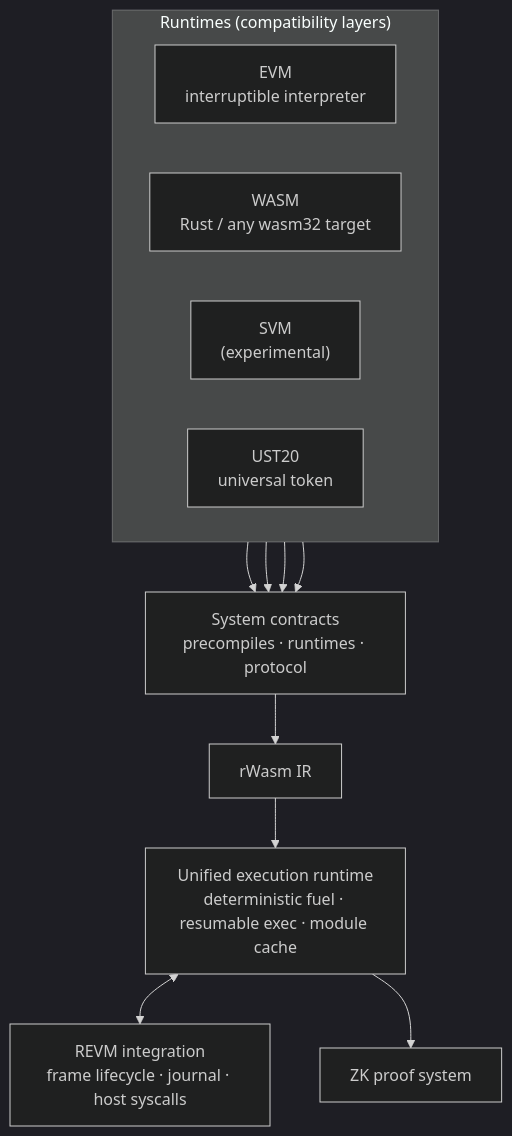
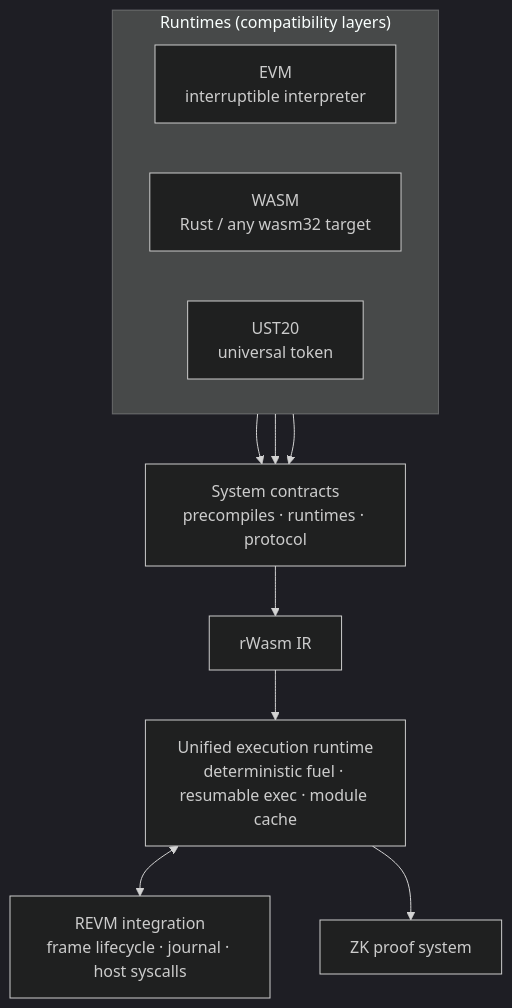
The diagram in README.md (fluentlabs-xyz/fluentbase), drawn with Mermaid (dark theme) before and after one commit. The commit also changed other lines of this file and 143 other files, not shown here.

````diff
--- a/README.md
+++ b/README.md
@@ -62,20 +59,19 @@
 ```mermaid
 flowchart TB
     subgraph runtimes["Runtimes (compatibility layers)"]
         direction LR
         EVM["EVM\ninterruptible interpreter"]
         WASM["WASM\nRust / any wasm32 target"]
-        SVM["SVM\n(experimental)"]
         UST["UST20\nuniversal token"]
     end
     SYS["System contracts\nprecompiles · runtimes · protocol"]
     IR["rWasm IR"]
     VM["Unified execution runtime\ndeterministic fuel · resumable exec · module cache"]
     REVM["REVM integration\nframe lifecycle · journal · host syscalls"]
     ZK["ZK proof system"]
 
-    EVM & WASM & SVM & UST --> SYS
+    EVM & WASM & UST --> SYS
     SYS --> IR --> VM
     VM <--> REVM
     VM --> ZK
 ```
````
